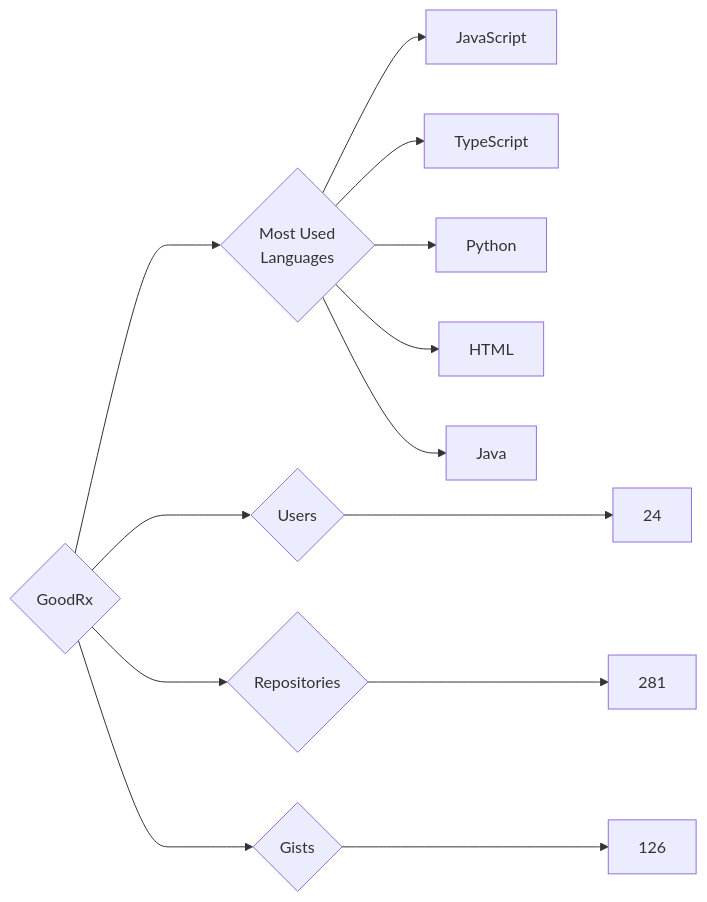
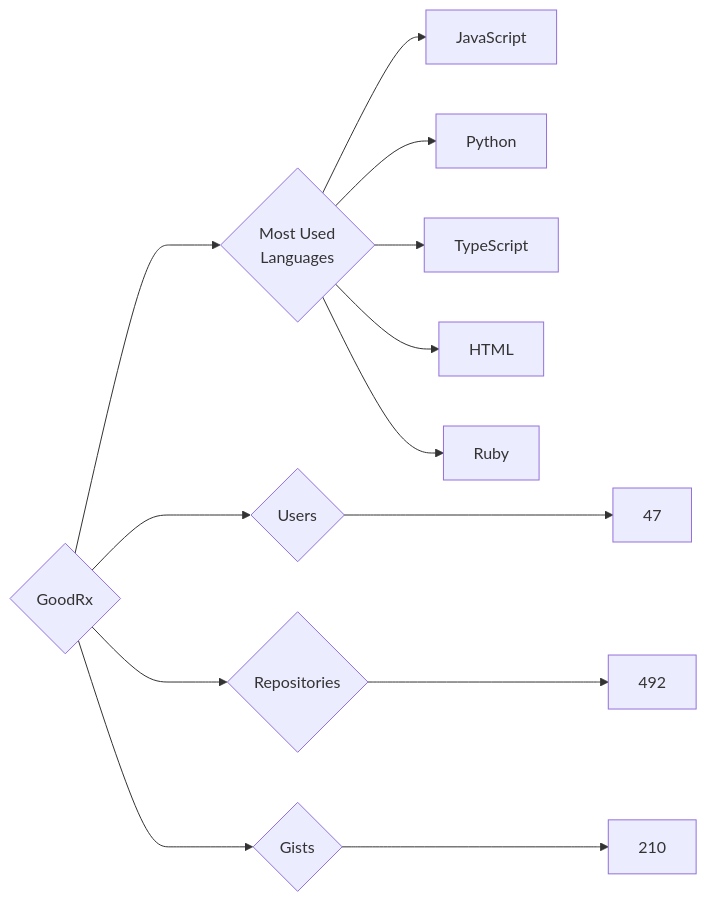
The diagram in targets/GoodRx/README.md (trickest/insiders), drawn with Mermaid before and after one commit. The commit also changed 882 other files, not shown here.

````diff
--- a/targets/GoodRx/README.md
+++ b/targets/GoodRx/README.md
@@ -3,13 +3,13 @@
 ```mermaid
 graph LR
 COMPANY_NAME{GoodRx}
-COMPANY_NAME ---> U{Users} ---> UN[24]
-COMPANY_NAME ---> R{Repositories} ---> RN[281]
-COMPANY_NAME ---> G{Gists} ---> GN[126]
+COMPANY_NAME ---> U{Users} ---> UN[47]
+COMPANY_NAME ---> R{Repositories} ---> RN[492]
+COMPANY_NAME ---> G{Gists} ---> GN[210]
 COMPANY_NAME ---> ML{Most Used<br>Languages}
 ML --> JavaScript[JavaScript]
+ML --> Python[Python]
 ML --> TypeScript[TypeScript]
-ML --> Python[Python]
 ML --> HTML[HTML]
-ML --> Java[Java]
+ML --> Ruby[Ruby]
 ```
````
